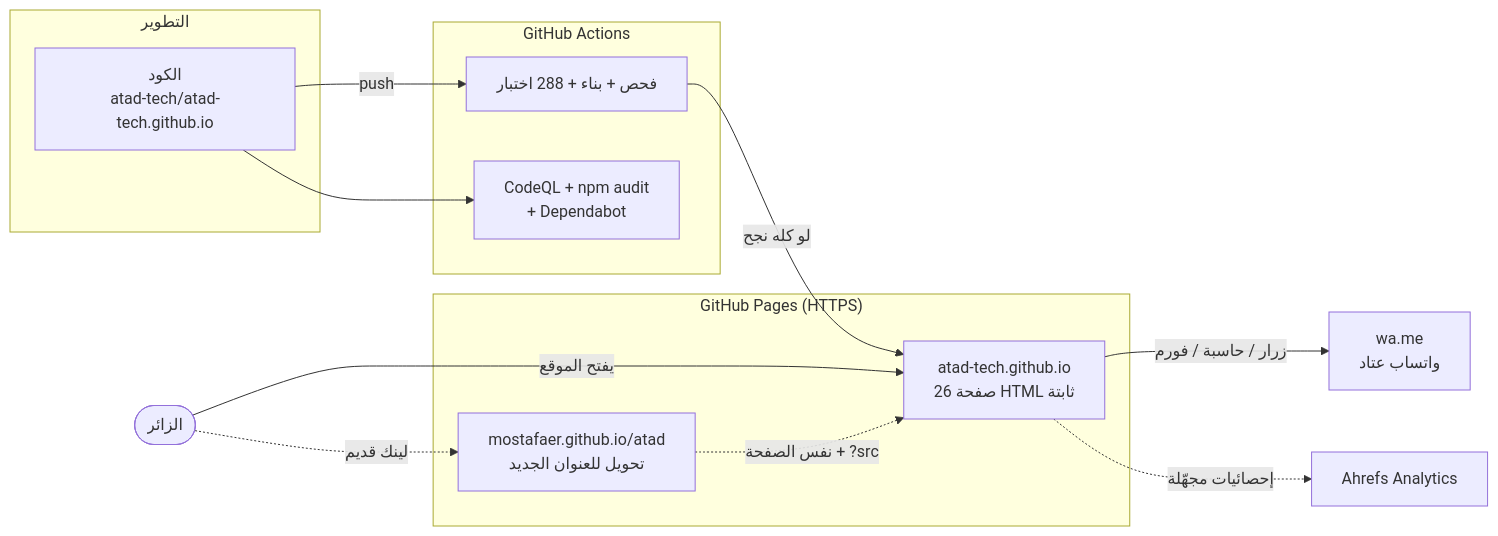
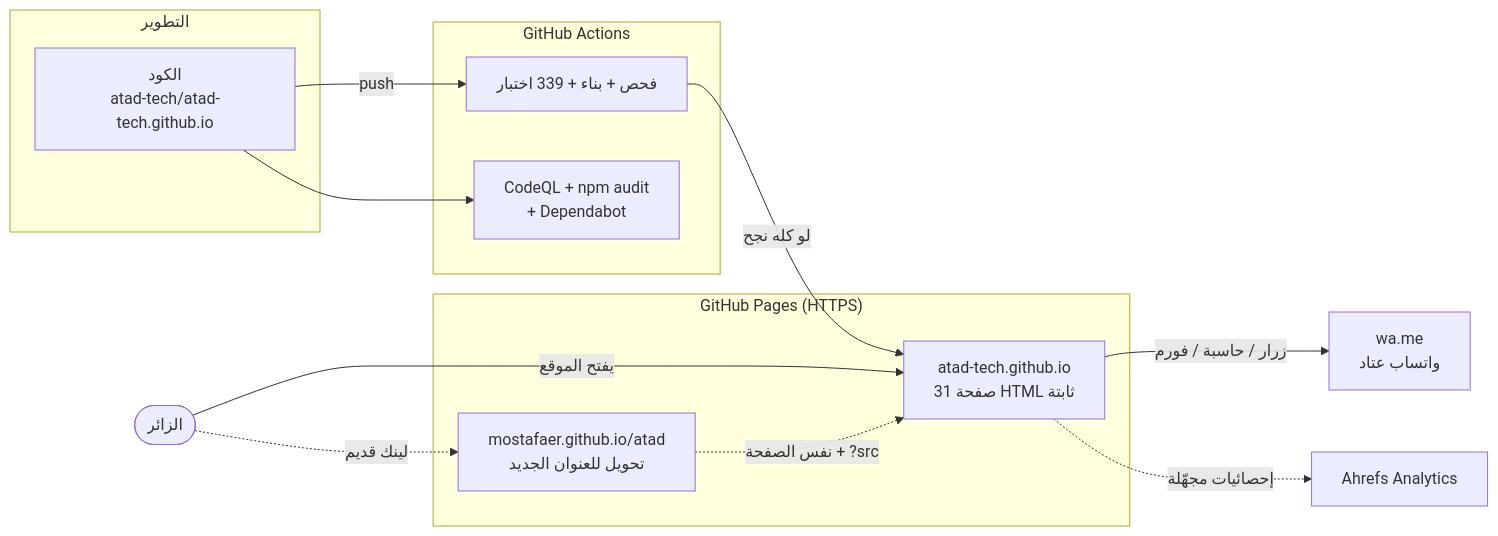
One commit to atad-tech/atad-tech.github.io changed the first of 5 diagrams in docs/ARCHITECTURE.md. Above: the diagram before and after it, drawn with Mermaid. The commit also changed 19 other files, not shown here.

````diff
--- a/docs/ARCHITECTURE.md
+++ b/docs/ARCHITECTURE.md
@@ -7,25 +7,25 @@
 ```mermaid
 flowchart LR
     subgraph Dev["التطوير"]
         Code["الكود<br/>atad-tech/atad-tech.github.io"]
     end
     subgraph CI["GitHub Actions"]
-        Test["فحص + بناء + 288 اختبار"]
+        Test["فحص + بناء + 339 اختبار"]
         Scan["CodeQL + npm audit<br/>+ Dependabot"]
     end
     subgraph Host["GitHub Pages (HTTPS)"]
-        Site["atad-tech.github.io<br/>26 صفحة HTML ثابتة"]
+        Site["atad-tech.github.io<br/>31 صفحة HTML ثابتة"]
         Old["mostafaer.github.io/atad<br/>تحويل للعنوان الجديد"]
     end
     Visitor(["الزائر"])
     WA["wa.me<br/>واتساب عتاد"]
     Ahrefs["Ahrefs Analytics"]
 
     Code -->|push| Test
     Code --> Scan
     Test -->|"لو كله نجح"| Site
     Visitor -->|"يفتح الموقع"| Site
     Visitor -.->|"لينك قديم"| Old -.->|"نفس الصفحة + ?src"| Site
     Site -->|"زرار / حاسبة / فورم"| WA
     Site -.->|"إحصائيات مجهّلة"| Ahrefs
 ```
````
